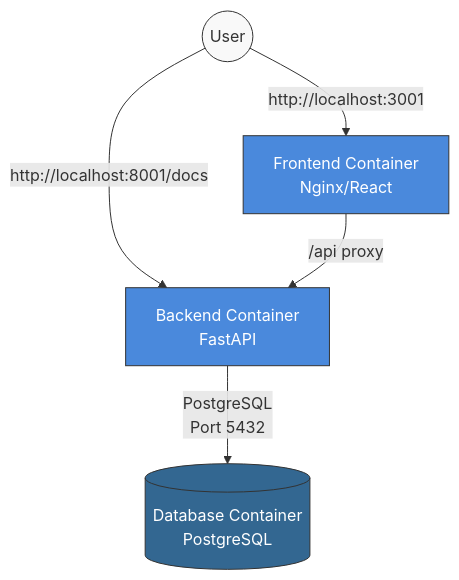
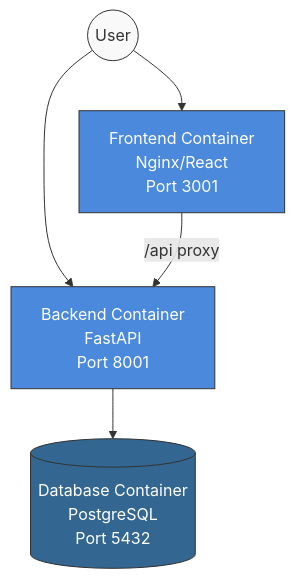
Before and after one commit to mattsilv/ai-ready-dev-containers: the diagram in demo/README.md, drawn with Mermaid.

Commit message:
Fix mermaid diagram rendering issues in demo README

````diff
--- a/demo/README.md
+++ b/demo/README.md
@@ -7,15 +7,20 @@
 ```mermaid
 graph TD
-    User((User)) --> |http://localhost:3001| Frontend[Frontend Container<br>Nginx/React]
-    User --> |http://localhost:8001/docs| Backend[Backend Container<br>FastAPI]
-    Frontend --> |/api proxy| Backend
-    Backend --> |PostgreSQL<br>Port 5432| Database[(Database Container<br>PostgreSQL)]
+    User((User))
+    Frontend[Frontend Container<br>Nginx/React<br>Port 3001]
+    Backend[Backend Container<br>FastAPI<br>Port 8001]
+    Database[(Database Container<br>PostgreSQL<br>Port 5432)]
+
+    User --> Frontend
+    User --> Backend
+    Frontend -- "/api proxy" --> Backend
+    Backend --> Database
 
     classDef container fill:#4A89DC,stroke:#333,stroke-width:1px,color:white;
     classDef database fill:#336791,stroke:#333,stroke-width:1px,color:white;
     classDef user fill:#f9f9f9,stroke:#333,stroke-width:1px;
 
     class Frontend,Backend container;
     class Database database;
     class User user;
 ```
````
